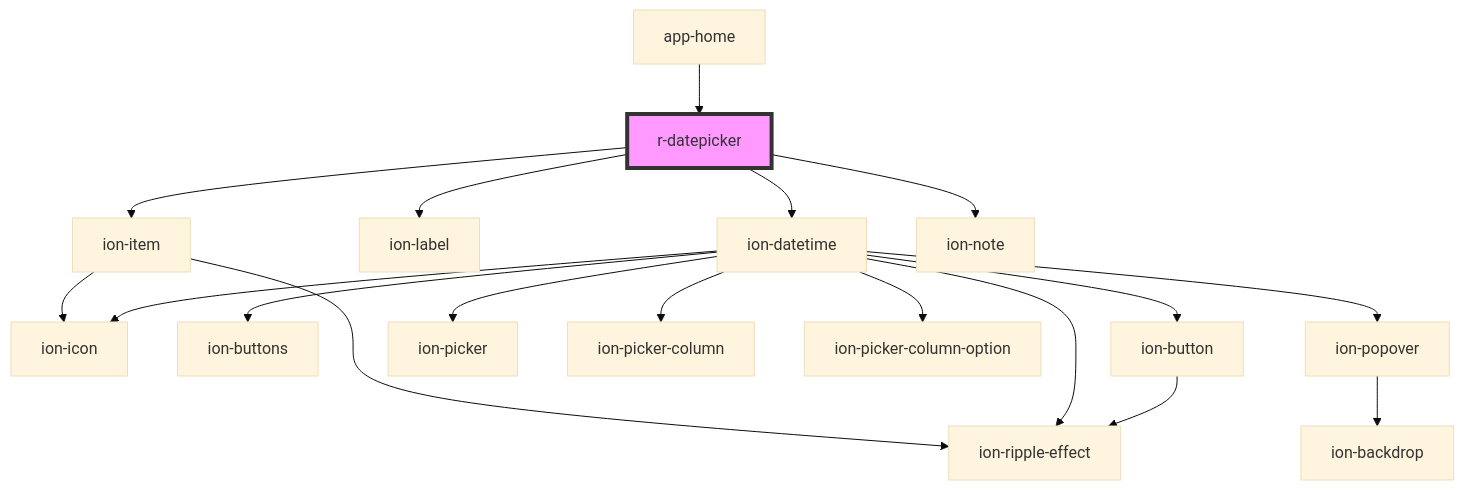
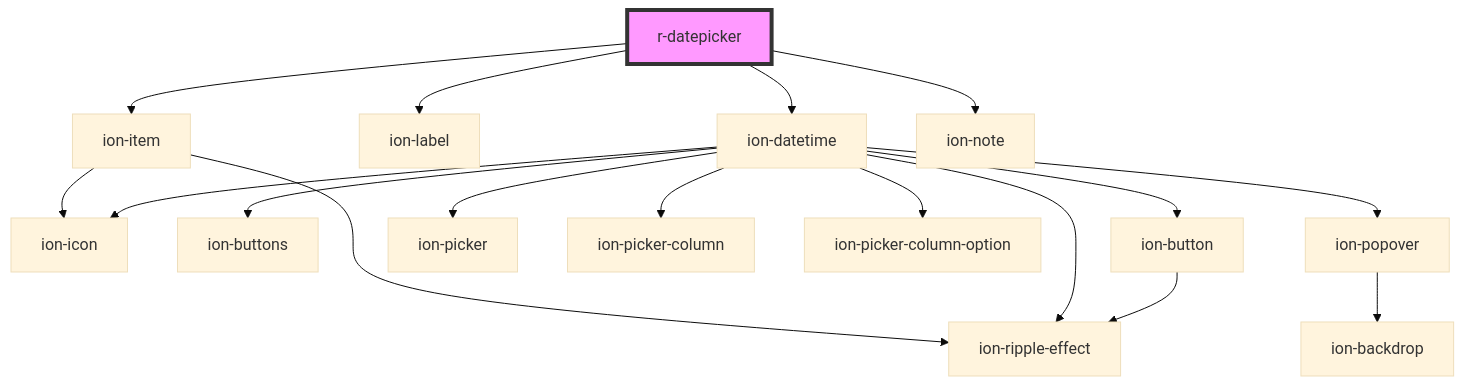
The diagram in src/components/r-datepicker/readme.md (refactico/design-system), drawn with Mermaid (base theme) before and after one commit. The commit also changed other lines of this file and 27 other files, not shown here.

First line of the commit message:
chore: update component dependencies and documentation for app-home

````diff
--- a/src/components/r-datepicker/readme.md
+++ b/src/components/r-datepicker/readme.md
@@ -52,21 +48,20 @@
 ```mermaid
 graph TD;
   r-datepicker --> ion-item
   r-datepicker --> ion-label
   r-datepicker --> ion-datetime
   r-datepicker --> ion-note
   ion-item --> ion-icon
   ion-item --> ion-ripple-effect
   ion-datetime --> ion-buttons
   ion-datetime --> ion-button
   ion-datetime --> ion-picker
   ion-datetime --> ion-picker-column
   ion-datetime --> ion-picker-column-option
   ion-datetime --> ion-icon
   ion-datetime --> ion-ripple-effect
   ion-datetime --> ion-popover
   ion-button --> ion-ripple-effect
   ion-popover --> ion-backdrop
-  app-home --> r-datepicker
   style r-datepicker fill:#f9f,stroke:#333,stroke-width:4px
 ```
````
